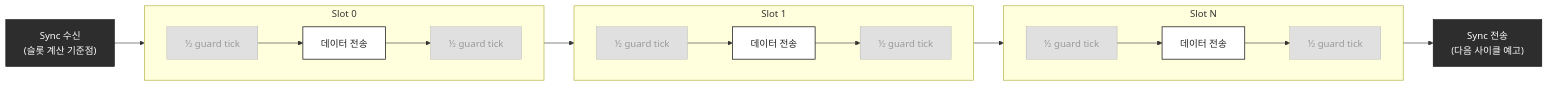
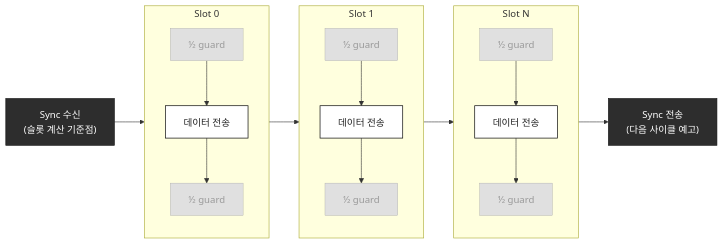
Before and after one commit to Woodong02/SoC_Design_and_Programming: the diagram in diagrams/slot_timeline.mmd, drawn with Mermaid. The commit also changed 2 other files, not shown here.

Commit message:
타임슬롯 다이어그램을 세로 비중 늘려 가로폭 축소, 텍스트 간격 조정으로 그림 공간 확보

```diff
--- a/diagrams/slot_timeline.mmd
+++ b/diagrams/slot_timeline.mmd
@@ -1,25 +1,25 @@
 flowchart LR
-    SY["Sync 수신\n(슬롯 계산 기준점)"]:::sync --> H0a
+    SY["Sync 수신<br/>(슬롯 계산 기준점)"]:::sync --> Slot0
 
     subgraph Slot0 ["Slot 0"]
-        direction LR
-        H0a["½ guard tick"]:::guard --> D0["데이터 전송"]:::slot --> H0b["½ guard tick"]:::guard
+        direction TB
+        H0a["½ guard"]:::guard --> D0["데이터 전송"]:::slot --> H0b["½ guard"]:::guard
     end
 
     subgraph Slot1 ["Slot 1"]
-        direction LR
-        H1a["½ guard tick"]:::guard --> D1["데이터 전송"]:::slot --> H1b["½ guard tick"]:::guard
+        direction TB
+        H1a["½ guard"]:::guard --> D1["데이터 전송"]:::slot --> H1b["½ guard"]:::guard
     end
 
     subgraph SlotN ["Slot N"]
-        direction LR
-        HNa["½ guard tick"]:::guard --> DN["데이터 전송"]:::slot --> HNb["½ guard tick"]:::guard
+        direction TB
+        HNa["½ guard"]:::guard --> DN["데이터 전송"]:::slot --> HNb["½ guard"]:::guard
     end
 
-    H0b --> H1a
-    H1b --> HNa
-    HNb --> SY2["Sync 전송\n(다음 사이클 예고)"]:::sync
+    Slot0 --> Slot1
+    Slot1 --> SlotN
+    SlotN --> SY2["Sync 전송<br/>(다음 사이클 예고)"]:::sync
 
     classDef slot fill:#FFFFFF,stroke:#111111,stroke-width:1.2px,color:#222222
     classDef guard fill:#E0E0E0,stroke:#999999,stroke-width:0.5px,color:#999999
     classDef sync fill:#2D2D2D,stroke:#111111,color:#FFFFFF
```
